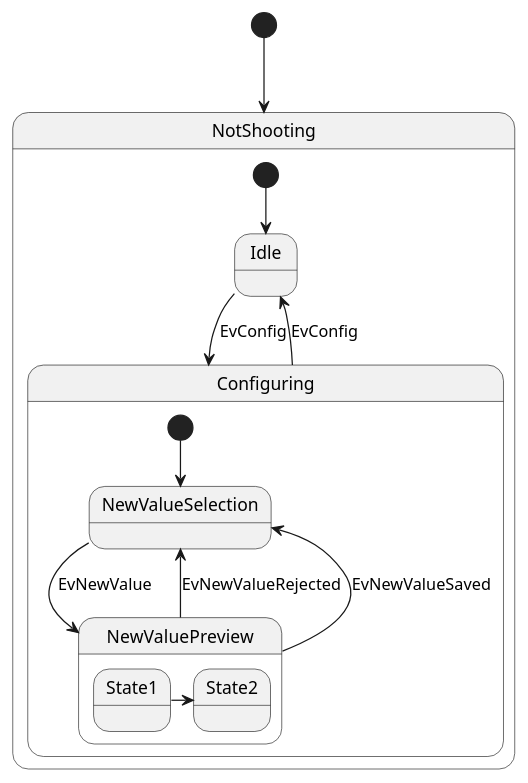
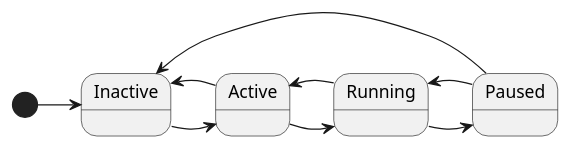
One commit to Addurezz/Streamline changed the diagram in UML/WorkflowState.puml. Above: the diagram before and after it, drawn with PlantUML. The commit also changed 1 other file, not shown here.

```diff
--- a/UML/WorkflowState.puml
+++ b/UML/WorkflowState.puml
@@ -1,23 +1,14 @@
 @startuml
 'https://plantuml.com/state-diagram
 
-[*] --> NotShooting
+[*] -> Inactive
+Inactive -> Active
 
-state NotShooting {
-  [*] --> Idle
-  Idle --> Configuring : EvConfig
-  Configuring --> Idle : EvConfig
-}
+Active -> Inactive
+Active -> Running
+Running -> Paused
+Running -> Active
+Paused -> Running
+Paused -> Inactive
 
-state Configuring {
-  [*] --> NewValueSelection
-  NewValueSelection --> NewValuePreview : EvNewValue
-  NewValuePreview --> NewValueSelection : EvNewValueRejected
-  NewValuePreview --> NewValueSelection : EvNewValueSaved
-
-  state NewValuePreview {
-     State1 -> State2
-  }
-
-}
 @enduml
```
